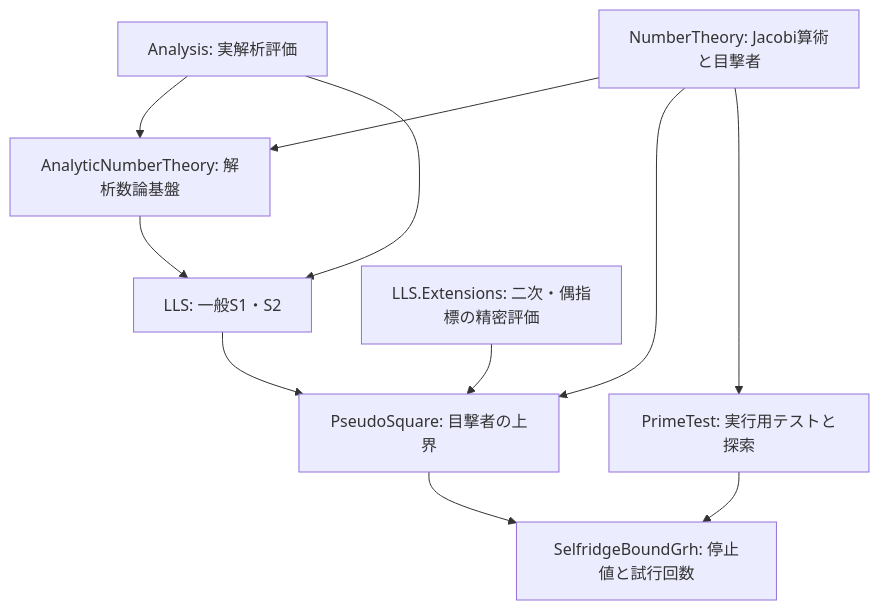
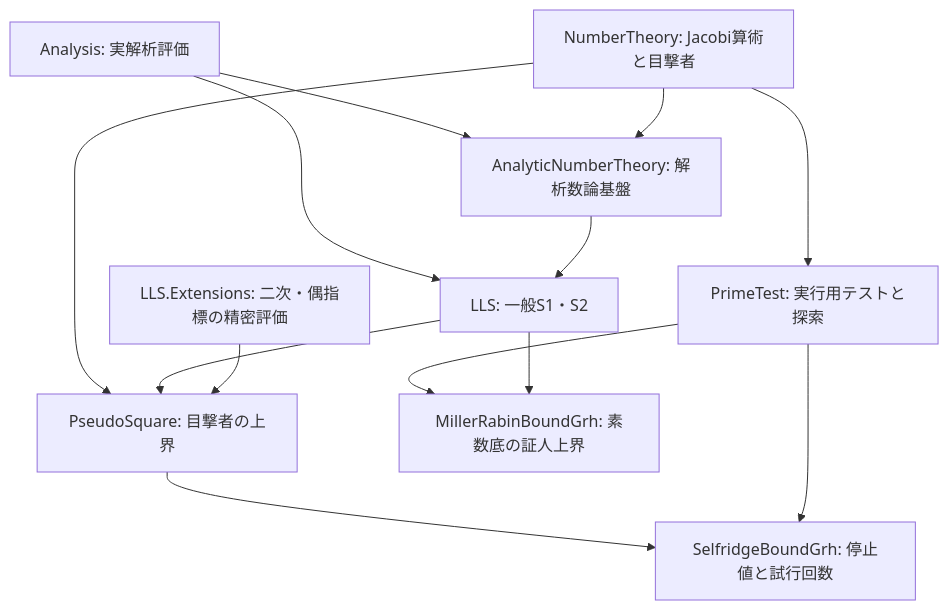
Before and after one commit to mizar/PseudoPrimeLean: the diagram in doc/README.md, drawn with Mermaid. The commit also changed other lines of this file and 14 other files, not shown here.

Commit message:
Prove GRH Miller-Rabin prime witness bound

````diff
--- a/doc/README.md
+++ b/doc/README.md
@@ -22,13 +23,15 @@
 ```mermaid
 flowchart TD
   A[Analysis: 実解析評価] --> ANT[AnalyticNumberTheory: 解析数論基盤]
   A --> LLS[LLS: 一般S1・S2]
   NT[NumberTheory: Jacobi算術と目撃者] --> ANT
   ANT --> LLS
   NT --> PS[PseudoSquare: 目撃者の上界]
   LLS --> PS
   EXT[LLS.Extensions: 二次・偶指標の精密評価] --> PS
   NT --> PT[PrimeTest: 実行用テストと探索]
   PS --> SB[SelfridgeBoundGrh: 停止値と試行回数]
   PT --> SB
+  PT --> MR[MillerRabinBoundGrh: 素数底の証人上界]
+  LLS --> MR
 ```
````
